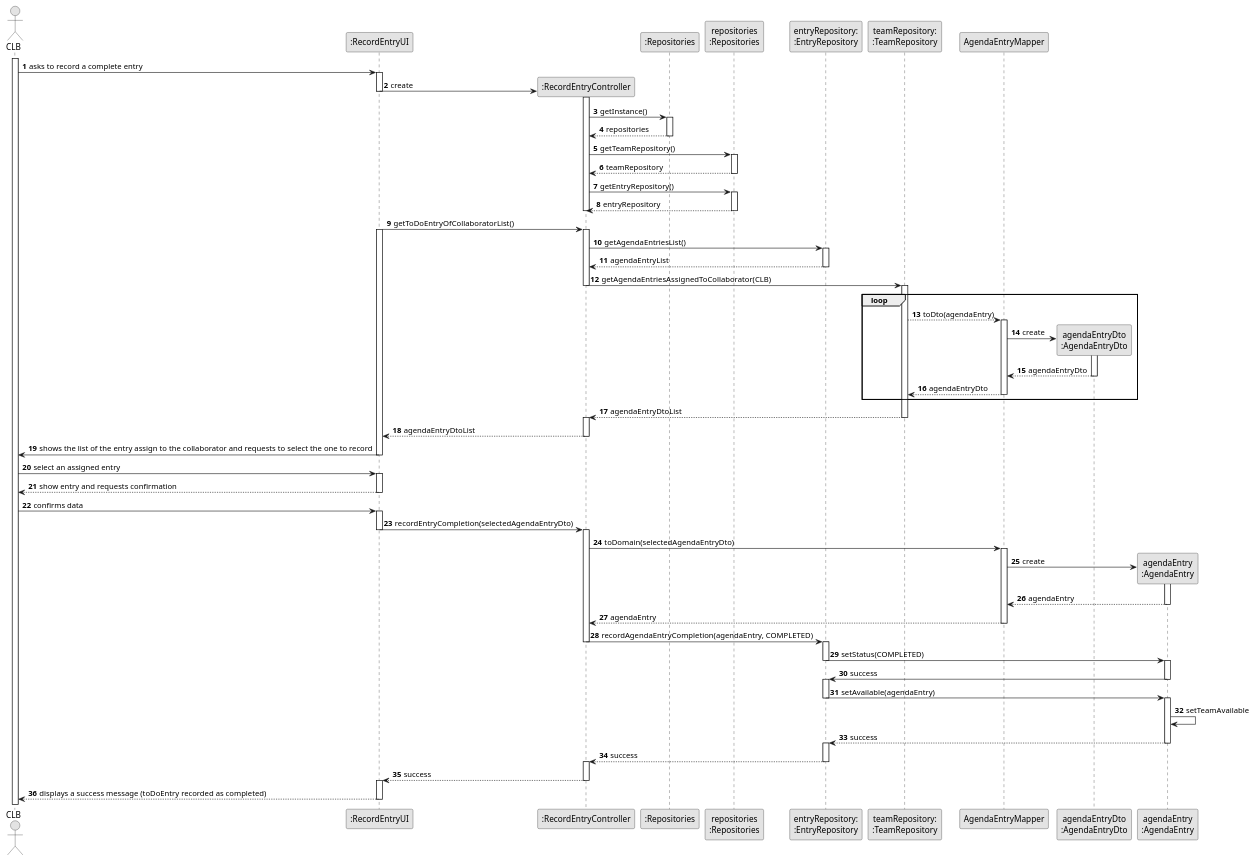
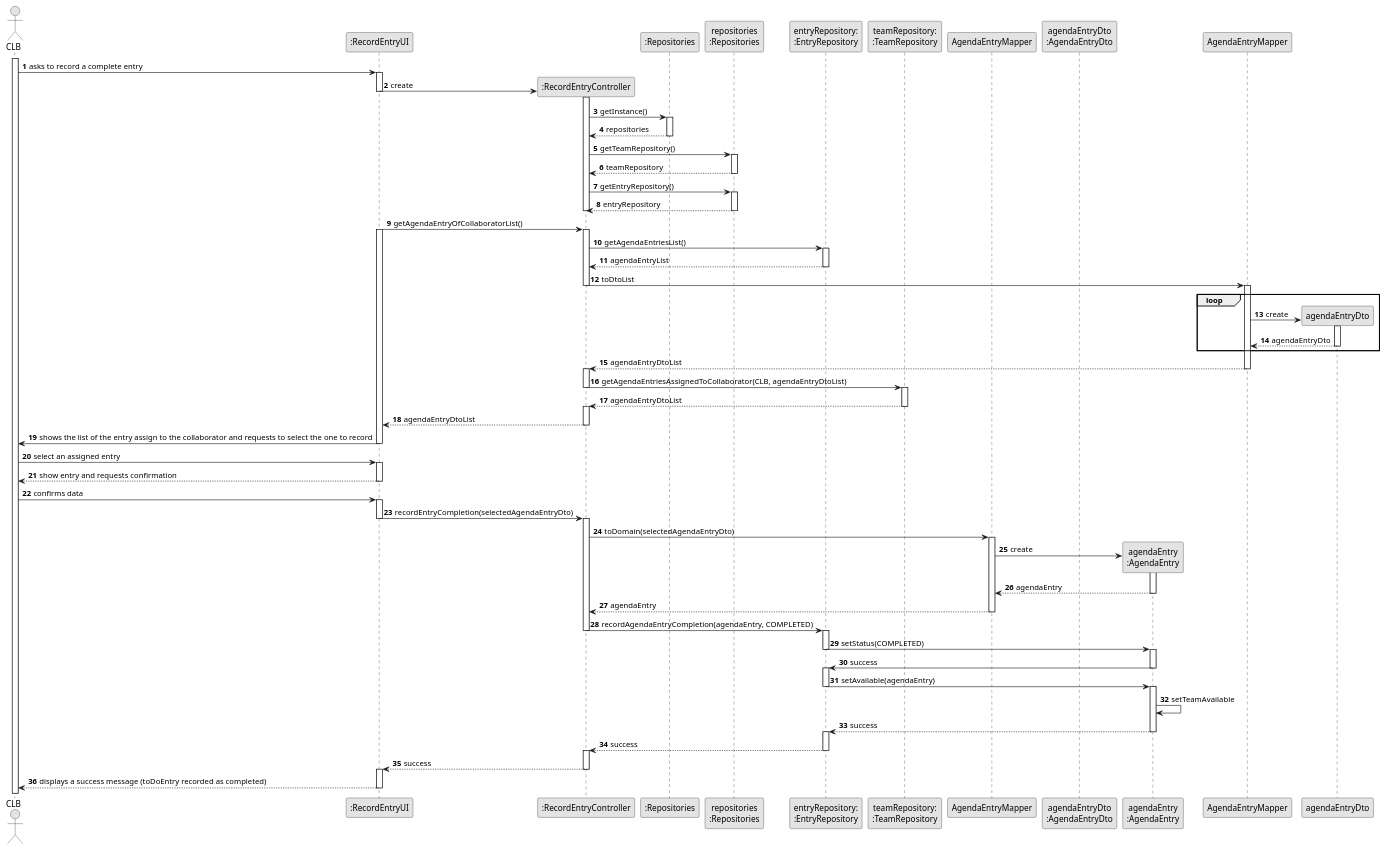
The diagram in docs/sprintC/us029/03.design/puml/us029-sequence-diagram-full.puml (ricardomm7/leaflink), drawn with PlantUML before and after one commit. The commit also changed 13 other files, not shown here.

```diff
--- a/docs/sprintC/us029/03.design/puml/us029-sequence-diagram-full.puml
+++ b/docs/sprintC/us029/03.design/puml/us029-sequence-diagram-full.puml
@@ -1,146 +1,152 @@
 @startuml
 skinparam monochrome true
 skinparam packageStyle rectangle
 skinparam shadowing false
 
 autonumber
 
 actor "CLB" as CLB
 participant ":RecordEntryUI" as UI
 participant ":RecordEntryController" as CTRL
 participant ":Repositories" as RepositorySingleton
 participant "repositories\n:Repositories" as PLAT
 participant "entryRepository:\n:EntryRepository" as EntryRepo
 participant "teamRepository:\n:TeamRepository" as TeamRepo
 participant "AgendaEntryMapper" as EntryMapper
 participant "agendaEntryDto\n:AgendaEntryDto" as EntryDto
 participant "agendaEntry\n:AgendaEntry" as AgendaEntry
 
 
 activate CLB
 
     CLB -> UI : asks to record a complete entry
     activate UI
 
         UI -> CTRL** : create
         deactivate UI
         activate CTRL
 
             CTRL -> RepositorySingleton: getInstance()
             activate RepositorySingleton
 
                 RepositorySingleton --> CTRL: repositories
             deactivate RepositorySingleton
 
             CTRL -> PLAT : getTeamRepository()
             activate PLAT
 
                 PLAT --> CTRL: teamRepository
             deactivate PLAT
 
             CTRL -> PLAT : getEntryRepository()
             activate PLAT
 
                 PLAT --> CTRL: entryRepository
             deactivate PLAT
 
 
         deactivate CTRL
 
-        UI -> CTRL: getToDoEntryOfCollaboratorList()
+        UI -> CTRL: getAgendaEntryOfCollaboratorList()
         activate UI
         activate CTRL
 
             CTRL -> EntryRepo: getAgendaEntriesList()
             activate EntryRepo
 
             EntryRepo --> CTRL: agendaEntryList
             deactivate EntryRepo
 
-            CTRL -> TeamRepo: getAgendaEntriesAssignedToCollaborator(CLB)
+            CTRL -> AgendaEntryMapper: toDtoList
+            deactivate CTRL
+            activate AgendaEntryMapper
+
+            loop
+
+                AgendaEntryMapper -> agendaEntryDto**: create
+                activate agendaEntryDto
+
+                agendaEntryDto --> AgendaEntryMapper: agendaEntryDto
+                deactivate agendaEntryDto
+
+            end loop
+
+            AgendaEntryMapper --> CTRL: agendaEntryDtoList
+            deactivate AgendaEntryMapper
+            activate CTRL
+
+            CTRL -> TeamRepo: getAgendaEntriesAssignedToCollaborator(CLB, agendaEntryDtoList)
             deactivate CTRL
             activate TeamRepo
 
-            loop
-                TeamRepo --> EntryMapper: toDto(agendaEntry)
-                activate EntryMapper
 
-                    EntryMapper -> EntryDto** : create
-                    activate EntryDto
-
-                    EntryDto --> EntryMapper : agendaEntryDto
-                    deactivate EntryDto
-
-                EntryMapper --> TeamRepo: agendaEntryDto
-                deactivate EntryMapper
-            end
                 TeamRepo --> CTRL: agendaEntryDtoList
             deactivate TeamRepo
         activate CTRL
 
         CTRL --> UI : agendaEntryDtoList
         deactivate CTRL
 
         UI -> CLB : shows the list of the entry assign to the collaborator and requests to select the one to record
     deactivate UI
 
     CLB -> UI : select an assigned entry
     activate UI
 
         UI --> CLB : show entry and requests confirmation
     deactivate UI
 
     CLB -> UI : confirms data
     activate UI
 
         UI -> CTRL : recordEntryCompletion(selectedAgendaEntryDto)
         deactivate UI
         activate CTRL
 
             CTRL -> EntryMapper : toDomain(selectedAgendaEntryDto)
             activate EntryMapper
 
                 EntryMapper -> AgendaEntry** : create
                 activate AgendaEntry
 
                 AgendaEntry --> EntryMapper : agendaEntry
                 deactivate AgendaEntry
 
                 EntryMapper --> CTRL : agendaEntry
             deactivate EntryMapper
 
             CTRL -> EntryRepo : recordAgendaEntryCompletion(agendaEntry, COMPLETED)
             deactivate CTRL
             activate EntryRepo
 
                 EntryRepo -> AgendaEntry : setStatus(COMPLETED)
                 deactivate EntryRepo
                 activate AgendaEntry
 
                 AgendaEntry -> EntryRepo : success
                 deactivate AgendaEntry
                 activate EntryRepo
 
                 EntryRepo -> AgendaEntry : setAvailable(agendaEntry)
                 deactivate EntryRepo
                 activate AgendaEntry
 
                 AgendaEntry -> AgendaEntry : setTeamAvailable
 
                 AgendaEntry --> EntryRepo : success
                 deactivate AgendaEntry
 
                 activate EntryRepo
 
             EntryRepo --> CTRL : success
             deactivate EntryRepo
             activate CTRL
 
             CTRL --> UI : success
         deactivate CTRL
         activate UI
 
         UI --> CLB : displays a success message (toDoEntry recorded as completed)
     deactivate UI
 
 @enduml
```
